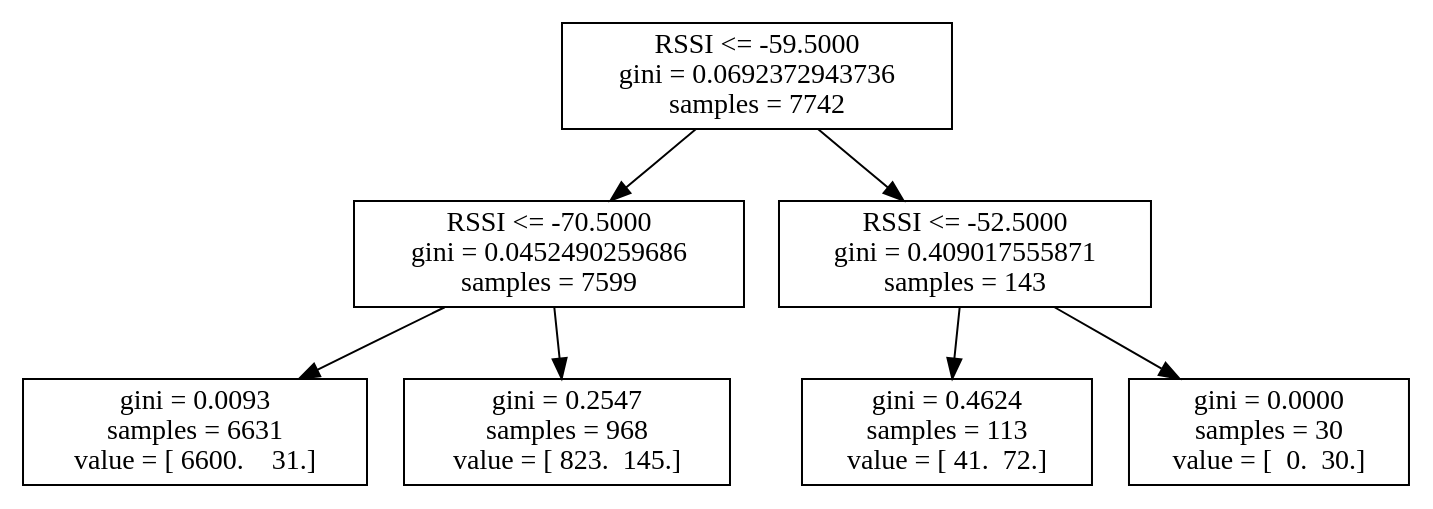
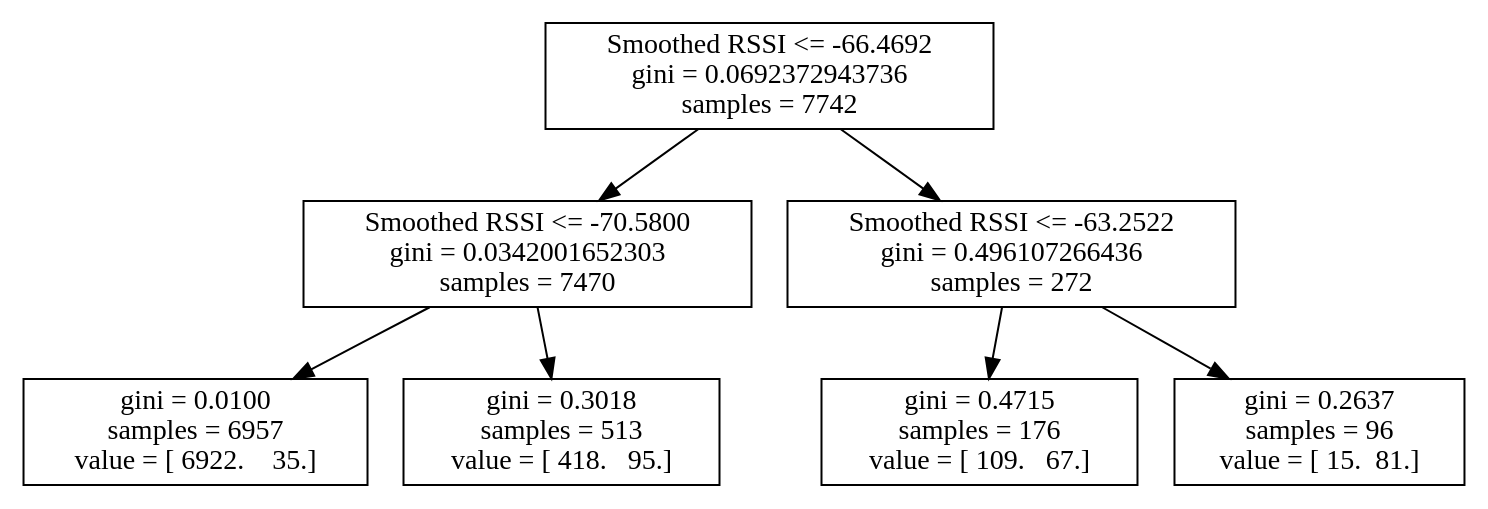
One commit to atitus5/6s062-Project changed the diagram in logs/4_19/log21.dot. Above: the diagram before and after it, drawn with Graphviz. The commit also changed 75 other files, not shown here.

```diff
--- a/logs/4_19/log21.dot
+++ b/logs/4_19/log21.dot
@@ -1,15 +1,15 @@
 digraph Tree {
-0 [label="RSSI <= -59.5000\ngini = 0.0692372943736\nsamples = 7742", shape="box"] ;
-1 [label="RSSI <= -70.5000\ngini = 0.0452490259686\nsamples = 7599", shape="box"] ;
+0 [label="Smoothed RSSI <= -66.4692\ngini = 0.0692372943736\nsamples = 7742", shape="box"] ;
+1 [label="Smoothed RSSI <= -70.5800\ngini = 0.0342001652303\nsamples = 7470", shape="box"] ;
 0 -> 1 ;
-2 [label="gini = 0.0093\nsamples = 6631\nvalue = [ 6600.    31.]", shape="box"] ;
+2 [label="gini = 0.0100\nsamples = 6957\nvalue = [ 6922.    35.]", shape="box"] ;
 1 -> 2 ;
-3 [label="gini = 0.2547\nsamples = 968\nvalue = [ 823.  145.]", shape="box"] ;
+3 [label="gini = 0.3018\nsamples = 513\nvalue = [ 418.   95.]", shape="box"] ;
 1 -> 3 ;
-4 [label="RSSI <= -52.5000\ngini = 0.409017555871\nsamples = 143", shape="box"] ;
+4 [label="Smoothed RSSI <= -63.2522\ngini = 0.496107266436\nsamples = 272", shape="box"] ;
 0 -> 4 ;
-5 [label="gini = 0.4624\nsamples = 113\nvalue = [ 41.  72.]", shape="box"] ;
+5 [label="gini = 0.4715\nsamples = 176\nvalue = [ 109.   67.]", shape="box"] ;
 4 -> 5 ;
-6 [label="gini = 0.0000\nsamples = 30\nvalue = [  0.  30.]", shape="box"] ;
+6 [label="gini = 0.2637\nsamples = 96\nvalue = [ 15.  81.]", shape="box"] ;
 4 -> 6 ;
 }
```
